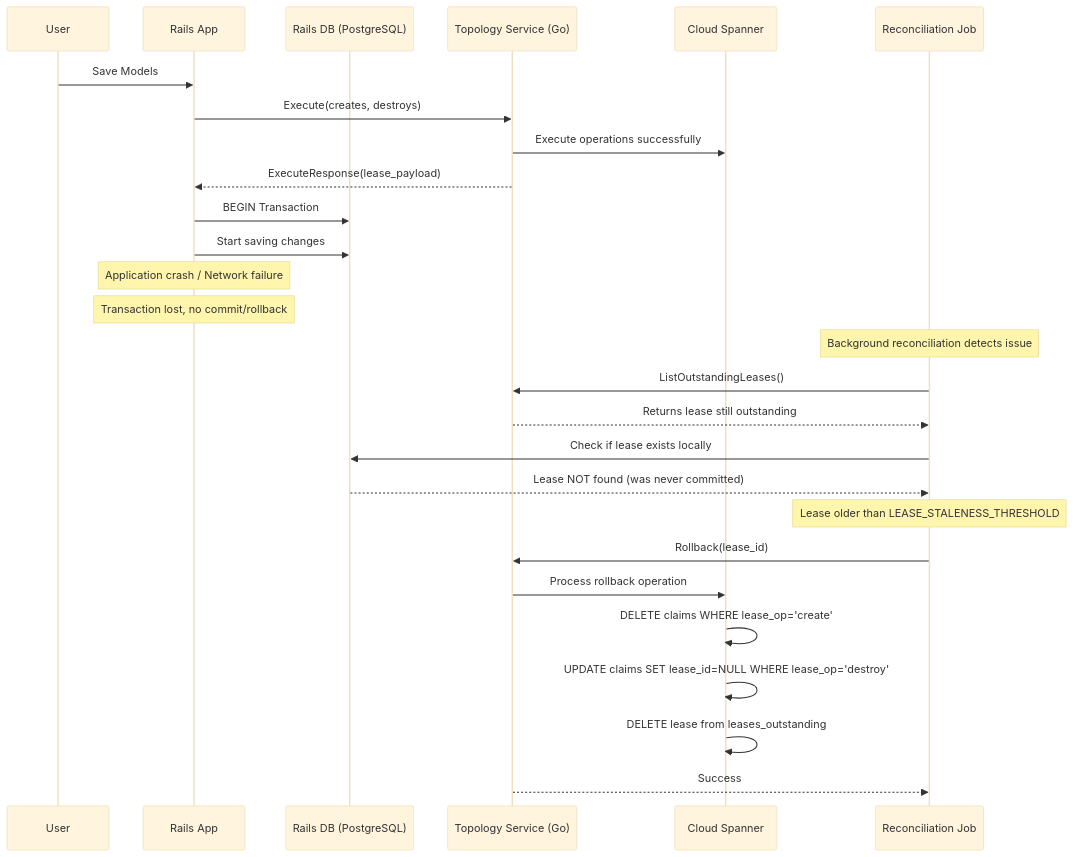
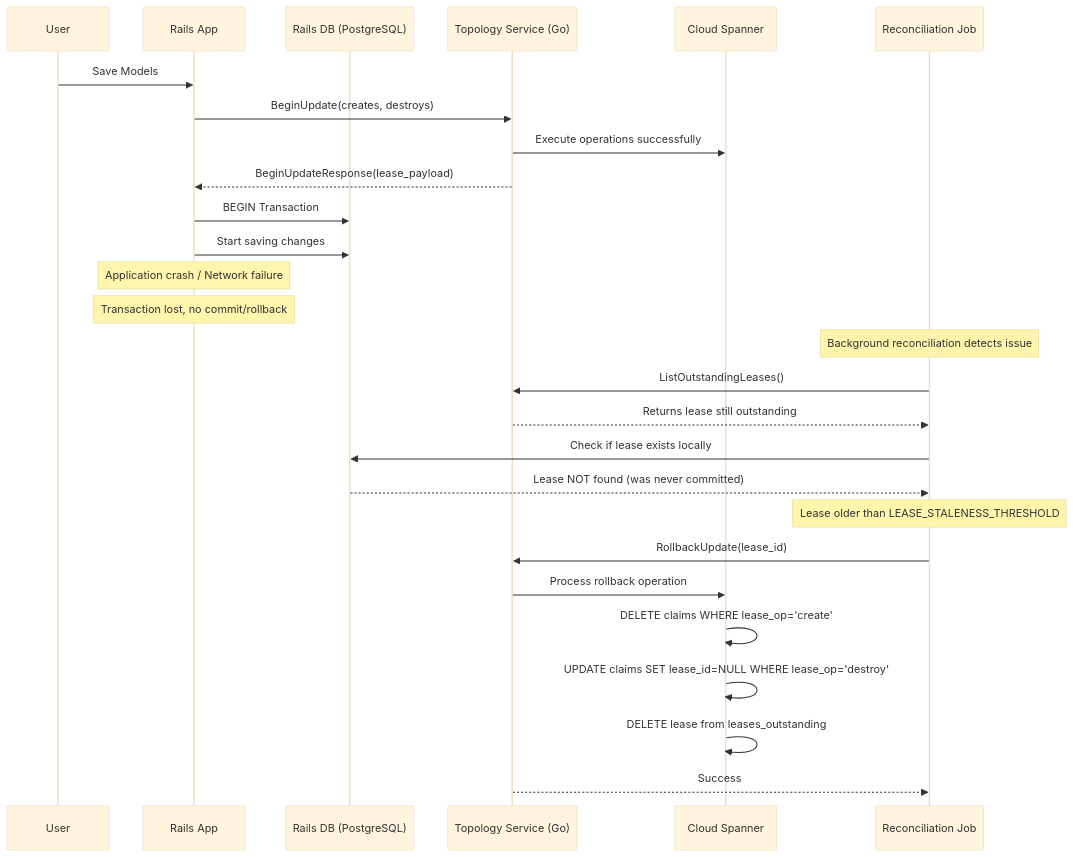
Before and after one commit to zalyoung/gitlab-handbook: the seventh of 10 diagrams in content/handbook/engineering/architecture/design-documents/cells/topology_service_transactional_behavior.md, drawn with Mermaid (base theme). The commit also changed other lines of this file, not shown here.

First line of the commit message:
Use (Begin|Commit|Rollback)Update

````diff
--- a/content/handbook/engineering/architecture/design-documents/cells/topology_service_transactional_behavior.md
+++ b/content/handbook/engineering/architecture/design-documents/cells/topology_service_transactional_behavior.md
@@ -882,33 +882,33 @@
 ```mermaid
 sequenceDiagram
     participant User
     participant Rails as Rails App
     participant RailsDB as Rails DB (PostgreSQL)
     participant TopologyService as Topology Service (Go)
     participant CloudSpanner as Cloud Spanner
     participant Reconciliation as Reconciliation Job
 
     User->>Rails: Save Models
-    Rails->>TopologyService: Execute(creates, destroys)
+    Rails->>TopologyService: BeginUpdate(creates, destroys)
     TopologyService->>CloudSpanner: Execute operations successfully
-    TopologyService-->>Rails: ExecuteResponse(lease_payload)
+    TopologyService-->>Rails: BeginUpdateResponse(lease_payload)
     
     Rails->>RailsDB: BEGIN Transaction
     Rails->>RailsDB: Start saving changes
     Note over Rails: Application crash / Network failure
     Note over Rails: Transaction lost, no commit/rollback
     
     Note over Reconciliation: Background reconciliation detects issue
     Reconciliation->>TopologyService: ListOutstandingLeases()
     TopologyService-->>Reconciliation: Returns lease still outstanding
     Reconciliation->>RailsDB: Check if lease exists locally
     RailsDB-->>Reconciliation: Lease NOT found (was never committed)
     
     Note over Reconciliation: Lease older than LEASE_STALENESS_THRESHOLD
-    Reconciliation->>TopologyService: Rollback(lease_id)
+    Reconciliation->>TopologyService: RollbackUpdate(lease_id)
     TopologyService->>CloudSpanner: Process rollback operation
     CloudSpanner->>CloudSpanner: DELETE claims WHERE lease_op='create'
     CloudSpanner->>CloudSpanner: UPDATE claims SET lease_id=NULL WHERE lease_op='destroy'
     CloudSpanner->>CloudSpanner: DELETE lease from leases_outstanding
     TopologyService-->>Reconciliation: Success
 ```
````
